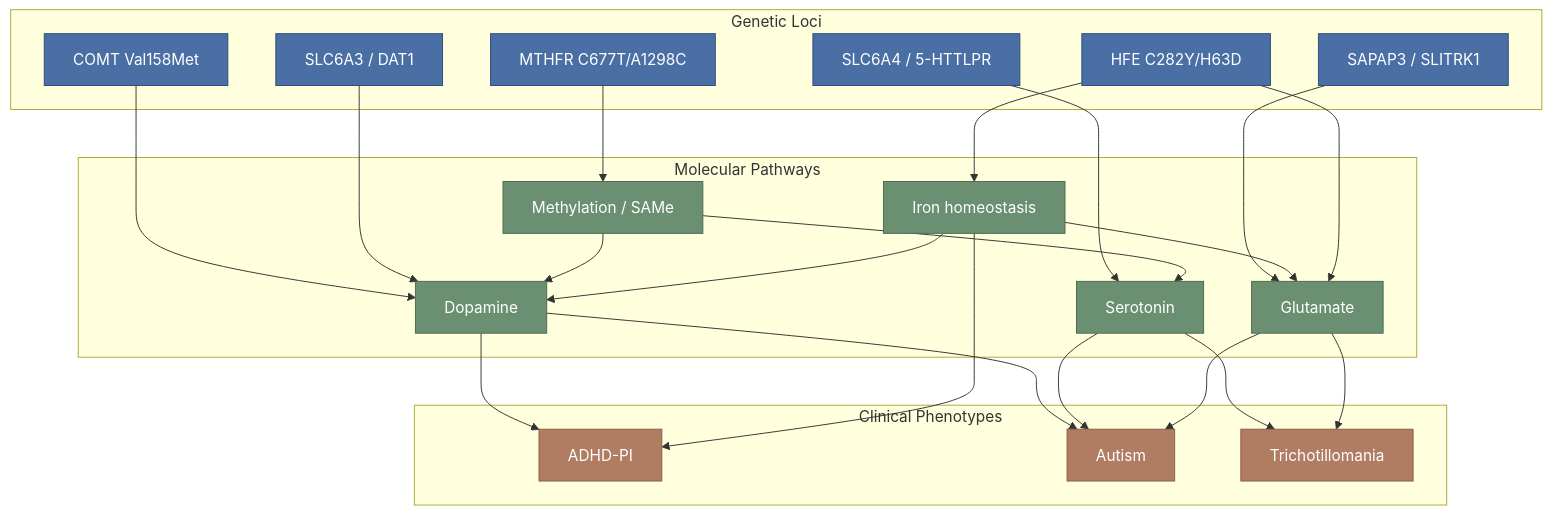
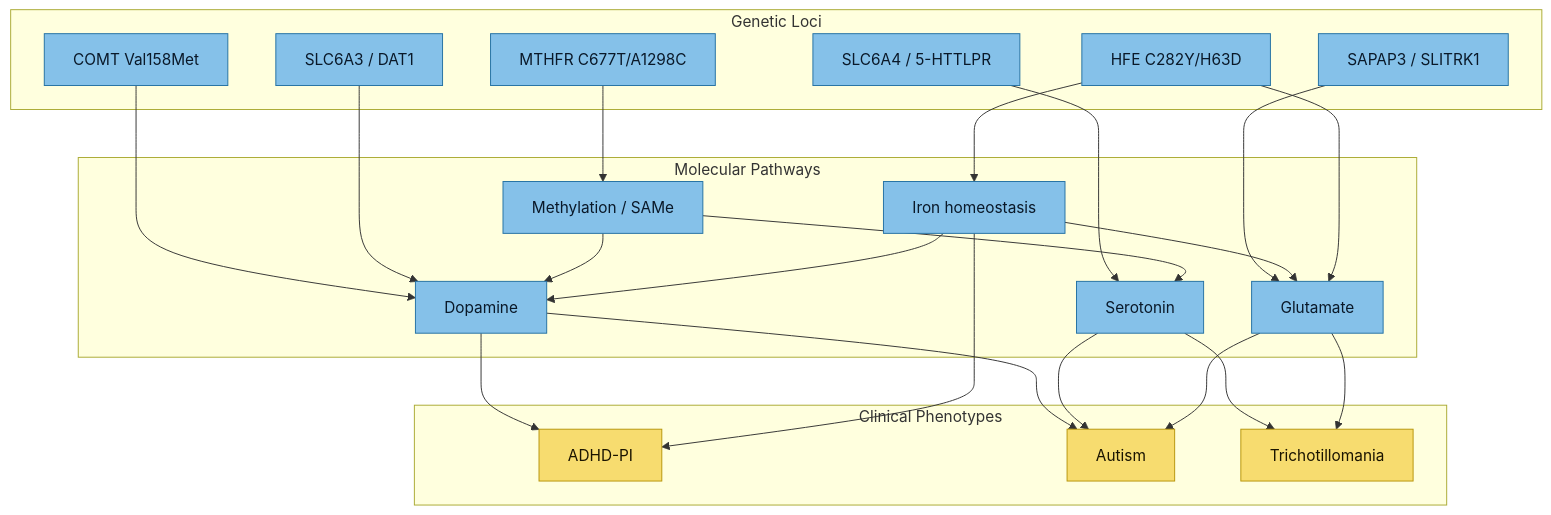
One commit to Aegis-commits/ag-hfe-adhd-asd-research changed the diagram in genetics/Genetic Architecture of AuDHD.md. Above: the diagram before and after it, drawn with Mermaid. The commit also changed 39 other files, not shown here.

First line of the commit message:
docs(vault): standardise diagram colours for light-mode readability, add MOC quick nav

````diff
--- a/genetics/Genetic Architecture of AuDHD.md
+++ b/genetics/Genetic Architecture of AuDHD.md
@@ -31,54 +31,54 @@
 ```mermaid
 flowchart TD
     subgraph Loci["Genetic Loci"]
         COMT["COMT Val158Met"]
         MTHFR["MTHFR C677T/A1298C"]
         SLC6A3["SLC6A3 / DAT1"]
         HFE["HFE C282Y/H63D"]
         SLC6A4["SLC6A4 / 5-HTTLPR"]
         SAPAP3["SAPAP3 / SLITRK1"]
     end
 
     subgraph Pathways["Molecular Pathways"]
         DA["Dopamine"]
         SE["Serotonin"]
         GL["Glutamate"]
         FE["Iron homeostasis"]
         ME["Methylation / SAMe"]
     end
 
     subgraph Phenotypes["Clinical Phenotypes"]
         ADHD["ADHD-PI"]
         ASD["Autism"]
         TTM["Trichotillomania"]
     end
 
     COMT --> DA
     SLC6A3 --> DA
     MTHFR --> ME
     HFE --> FE
     SLC6A4 --> SE
     SAPAP3 --> GL
 
     ME --> DA
     ME --> SE
     FE --> DA
     FE --> GL
     HFE --> GL
 
     DA --> ADHD
     DA --> ASD
     SE --> ASD
     SE --> TTM
     GL --> TTM
     GL --> ASD
     FE --> ADHD
 
-    classDef locus fill:#4a6fa5,stroke:#2d4a7a,color:#fff
-    classDef pathway fill:#6b8f71,stroke:#4a6b4f,color:#fff
-    classDef pheno fill:#b07d62,stroke:#8a5d42,color:#fff
+    classDef locus fill:#85c1e9,stroke:#2471a3,color:#0a1929
+    classDef pathway fill:#85c1e9,stroke:#2471a3,color:#0a1929
+    classDef pheno fill:#f7dc6f,stroke:#b7950b,color:#1a1400
 
     class COMT,MTHFR,SLC6A3,HFE,SLC6A4,SAPAP3 locus
     class DA,SE,GL,FE,ME pathway
     class ADHD,ASD,TTM pheno
 ```
````
